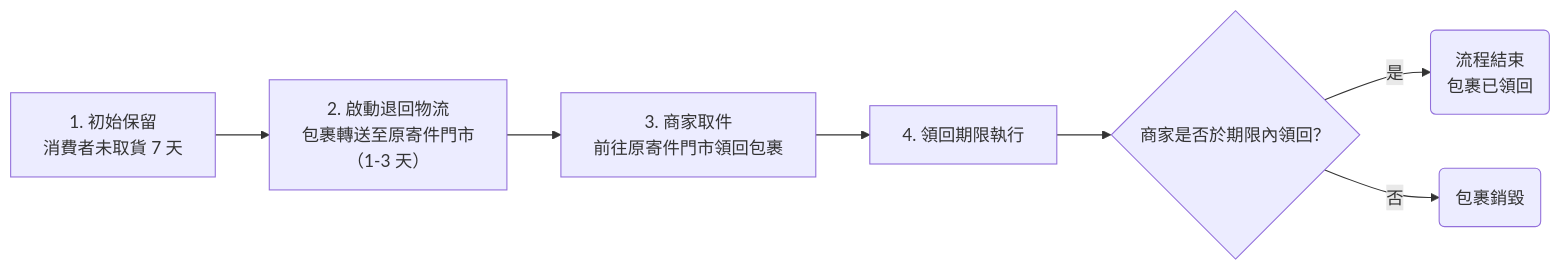
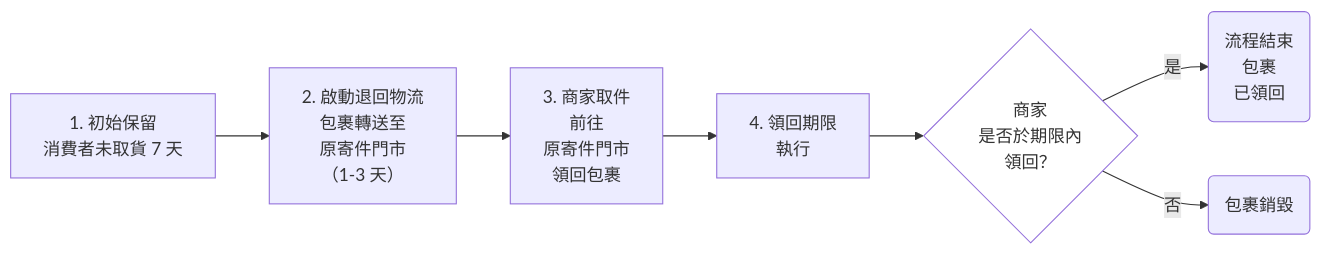
The diagram in docs/ec/orders/操作超商店到店 C2C 出貨.md (sinleadpro/zensical-zh-tw), drawn with Mermaid before and after one commit. The commit also changed other lines of this file and 184 other files, not shown here.

````diff
--- a/docs/ec/orders/操作超商店到店 C2C 出貨.md
+++ b/docs/ec/orders/操作超商店到店 C2C 出貨.md
@@ -272,11 +281,13 @@
-	```mermaid
-	graph LR
-	    A[1. 初始保留<br>消費者未取貨 7 天] --> B;
-	    B[2. 啟動退回物流<br>包裹轉送至原寄件門市<br>（1-3 天）] --> C;
-	    C[3. 商家取件<br>前往原寄件門市領回包裹] --> D;
-	    D[4. 領回期限執行] --> E;
-	    E{商家是否於期限內領回？};
-	    E -- 是 --> F(流程結束<br>包裹已領回)
-	    E -- 否 --> G(包裹銷毀)
+```mermaid
+graph LR
+	A[1. 初始保留<br>消費者未取貨 7 天] --> B;
+	B[2. 啟動退回物流<br>包裹轉送至<br>原寄件門市<br>（1-3 天）] --> C;
+	C[3. 商家取件<br>前往<br>原寄件門市<br>領回包裹] --> D;
+	D[4. 領回期限<br>執行] --> E;
+	E{商家<br>是否於期限內<br>領回？};
+	E -- 是 --> F(流程結束<br>包裹<br>已領回)
+	E -- 否 --> G(包裹銷毀)
 	
-	```
+	style E fill:#fff
+
+```
````
